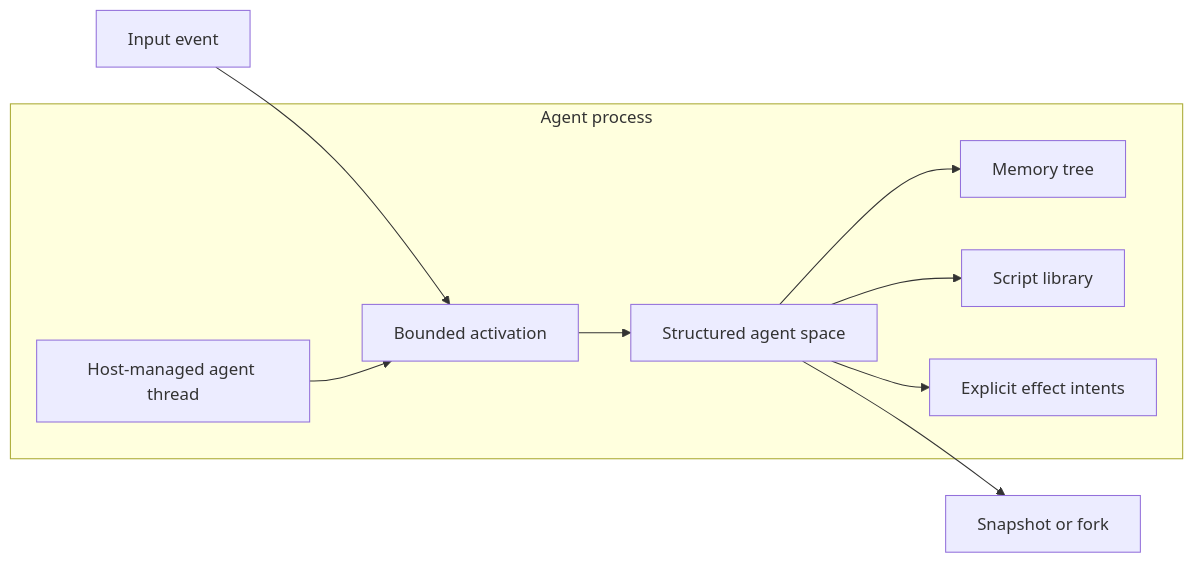
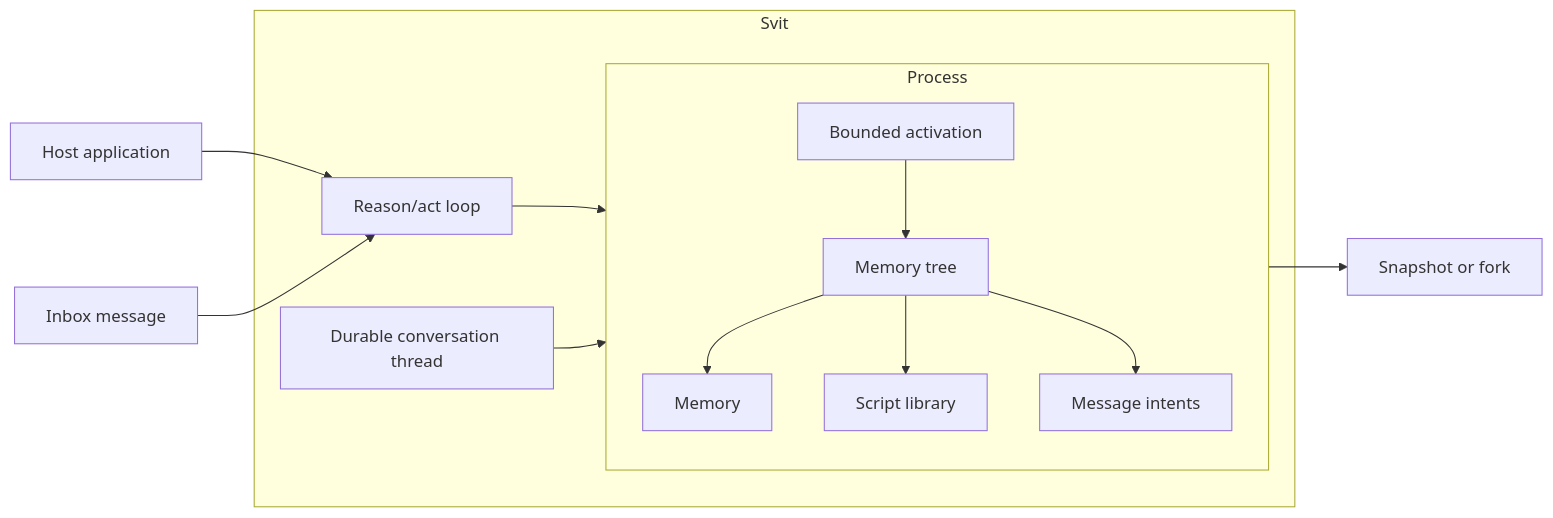
The diagram in docs/vision.md (everruns/svit), drawn with Mermaid before and after one commit. The commit also changed other lines of this file and 18 other files, not shown here.

````diff
--- a/docs/vision.md
+++ b/docs/vision.md
@@ -35,12 +37,16 @@
 ```mermaid
 flowchart LR
-    Event["Input event"] --> Activation["Bounded activation"]
-    subgraph Process["Agent process"]
-        Thread["Host-managed agent thread"] --> Activation
-        Activation --> Space["Structured agent space"]
-        Space --> Memory["Memory tree"]
-        Space --> Scripts["Script library"]
-        Space --> Effects["Explicit effect intents"]
+    Host["Host application"] --> Loop
+    Event["Inbox message"] --> Loop
+    subgraph Svit["Svit"]
+        Loop["Reason/act loop"] --> Process
+        Thread["Durable conversation thread"] --> Process
+        subgraph Process["Process"]
+            Activation["Bounded activation"] --> Space["Memory tree"]
+            Space --> Memory["Memory"]
+            Space --> Scripts["Script library"]
+            Space --> Effects["Message intents"]
+        end
     end
-    Space --> Snapshot["Snapshot or fork"]
+    Process --> Snapshot["Snapshot or fork"]
 ```
````
